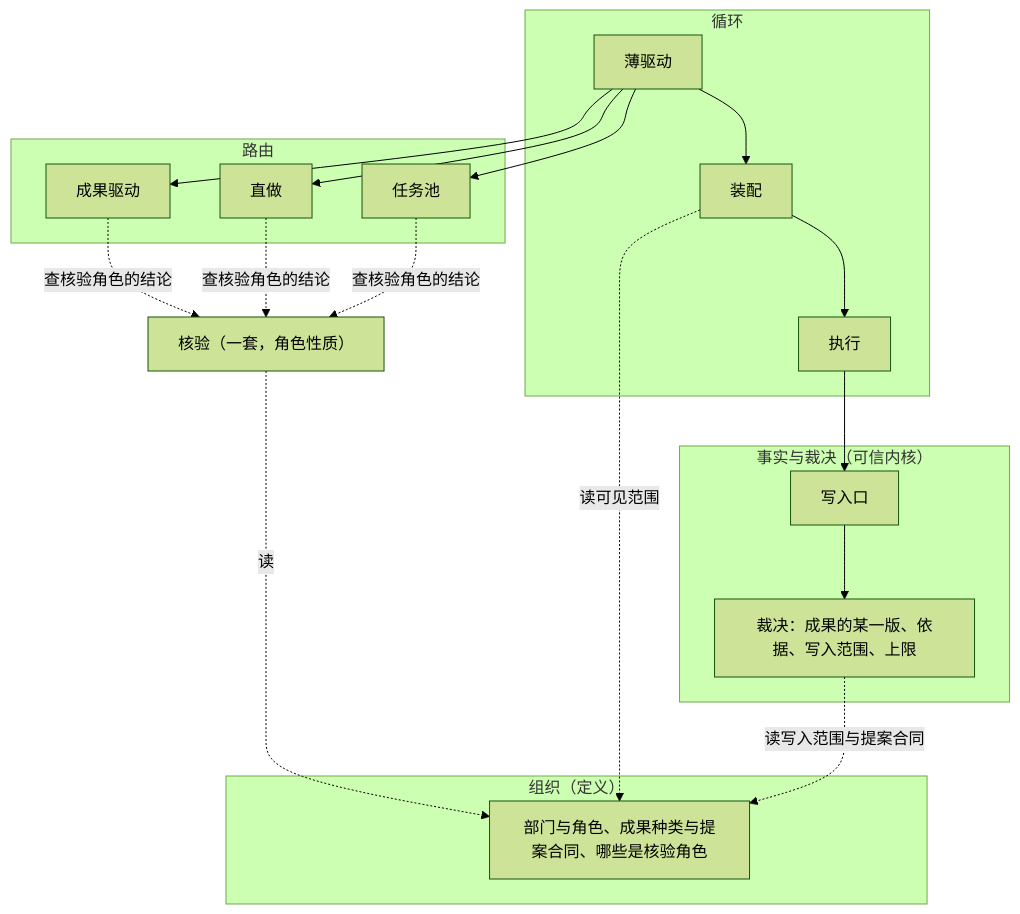
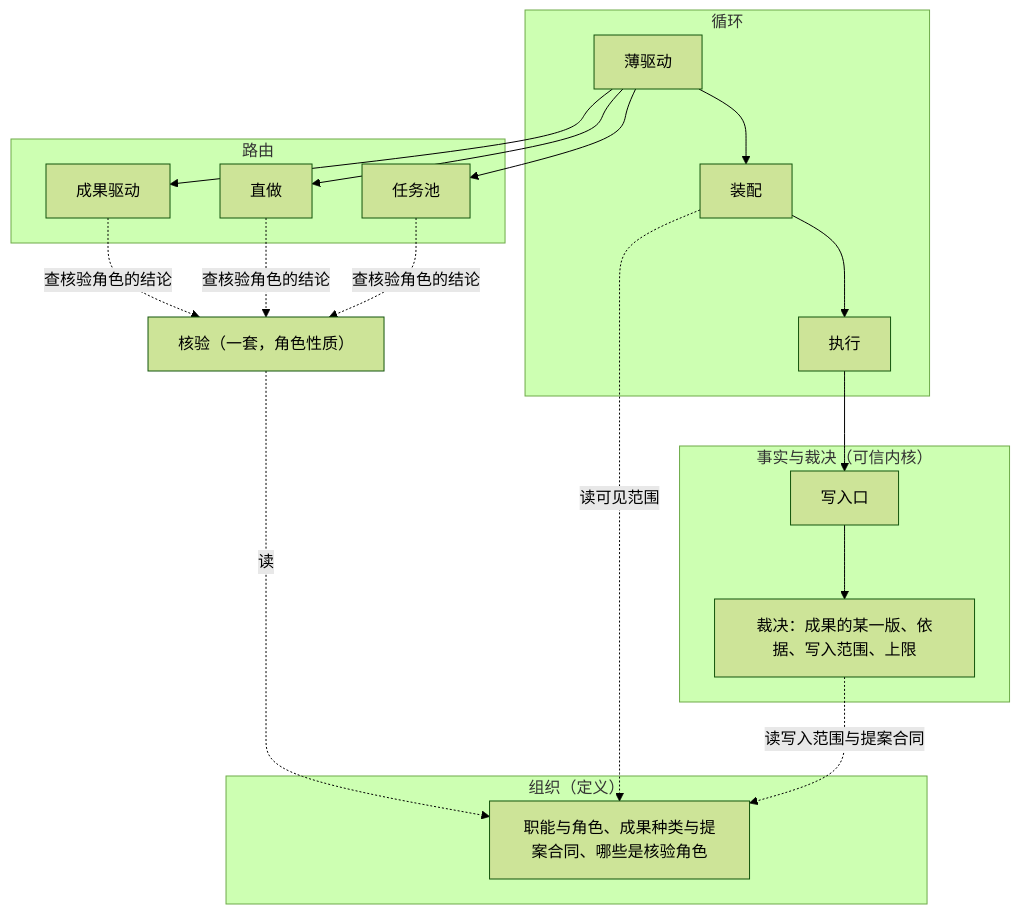
Before and after one commit to bender2333/yudao: the first of 2 diagrams in docs/design/forms-and-verifier-role.md, drawn with Mermaid (forest theme). The commit also changed other lines of this file and 149 other files, not shown here.

````diff
--- a/docs/design/forms-and-verifier-role.md
+++ b/docs/design/forms-and-verifier-role.md
@@ -44,23 +47,23 @@
 ```mermaid
 flowchart TB
   subgraph L1["事实与裁决（可信内核）"]
     W["写入口"]; A["裁决：成果的某一版、依据、写入范围、上限"]
   end
   subgraph L2["循环"]
     D["薄驱动"]; AS["装配"]; EX["执行"]
   end
   subgraph L3["路由"]
     R1["成果驱动"]; R2["直做"]; R3["任务池"]
   end
   V["核验（一套，角色性质）"]
   subgraph L4["组织（定义）"]
-    O["部门与角色、成果种类与提案合同、哪些是核验角色"]
+    O["职能与角色、成果种类与提案合同、哪些是核验角色"]
   end
   D --> R1 & R2 & R3
   D --> AS --> EX --> W
   W --> A
   R1 & R2 & R3 -. 查核验角色的结论 .-> V
   V -. 读 .-> O
   AS -. 读可见范围 .-> O
   A -. 读写入范围与提案合同 .-> O
 ```
````
